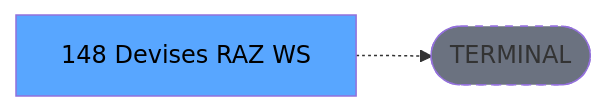
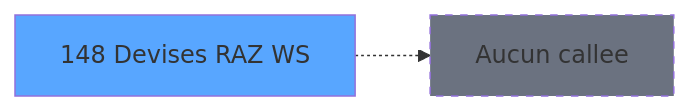
One commit to thonyAGP/magic-migration changed the third of 3 diagrams in .openspec/specs/ADH-IDE-148.md. Above: the diagram before and after it, drawn with Mermaid. The commit also changed other lines of this file and 253 other files, not shown here.

````diff
--- a/.openspec/specs/ADH-IDE-148.md
+++ b/.openspec/specs/ADH-IDE-148.md
@@ -136,8 +238,8 @@
 ```mermaid
 graph LR
-    T[148 Devises RAZ WS]
-    TERM([TERMINAL])
-    T -.-> TERM
-    style TERM fill:#6b7280,stroke-dasharray: 5 5
-    style T fill:#58a6ff,color:#000
+    T148[148 Devises RAZ WS]
+    style T148 fill:#58a6ff
+    NONE[Aucun callee]
+    T148 -.-> NONE
+    style NONE fill:#6b7280,stroke-dasharray: 5 5
 ```
````
